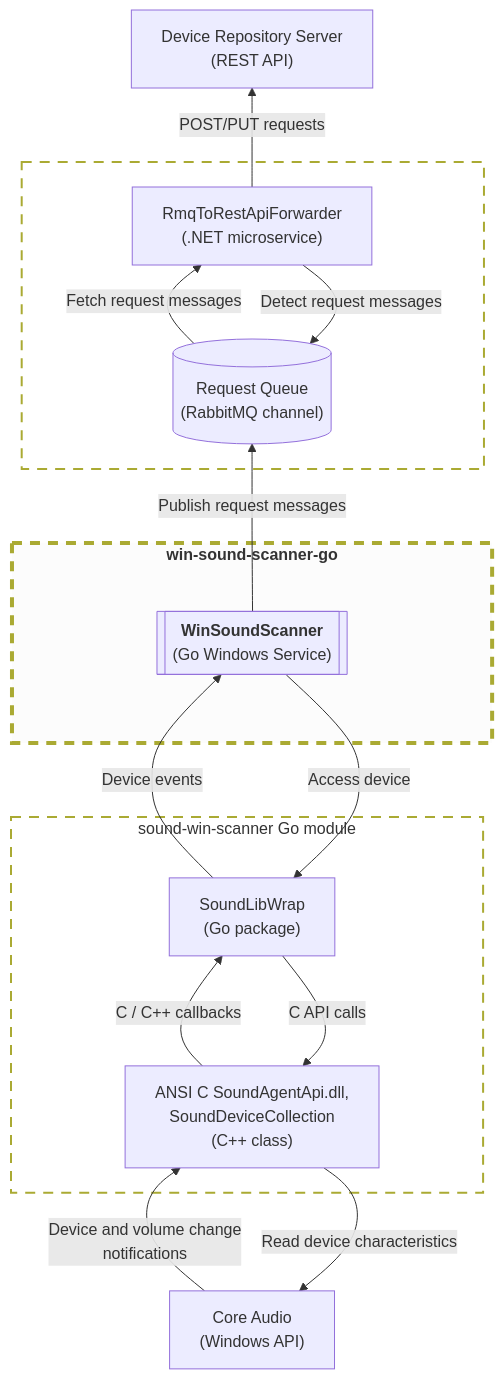
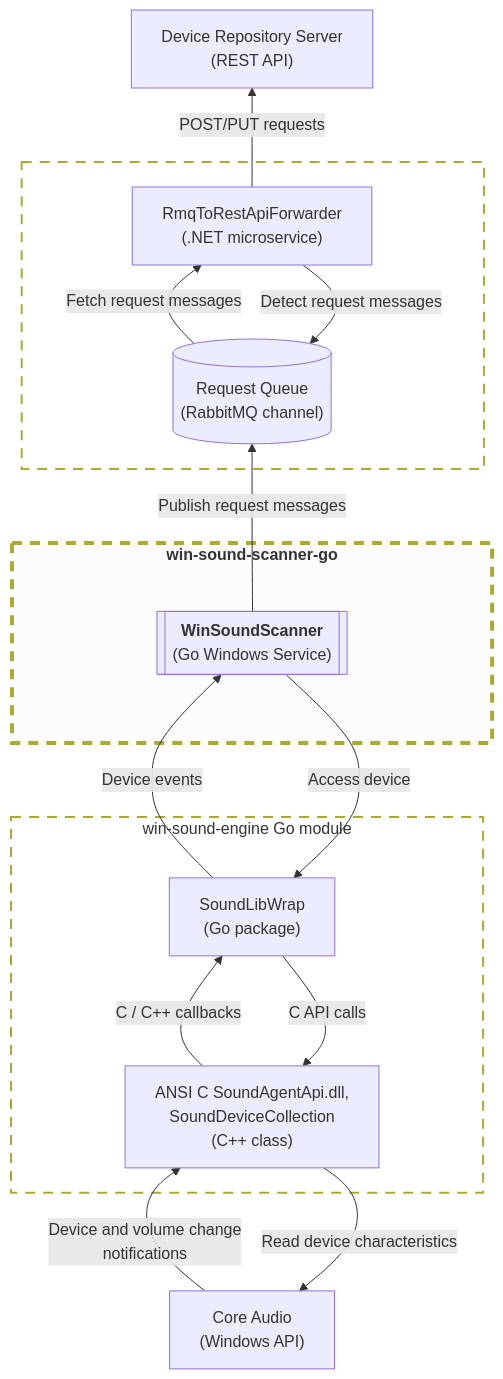
The diagram in README.md (collect-sound-devices/win-sound-scanner-go), drawn with Mermaid before and after one commit. The commit also changed other lines of this file and 5 other files, not shown here.

Commit message:
Update references from sound-win-scanner to win-sound-engine in scripts and documentation

````diff
--- a/README.md
+++ b/README.md
@@ -9,51 +9,51 @@
 ```mermaid
 flowchart BT
 
 classDef dottedBox fill:transparent, fill-opacity:0.55, stroke-dasharray:10 8, stroke-width:2px;
 classDef stressedBox fill:#f0f0f0, fill-opacity:0.2, stroke-dasharray:10 8, stroke-width:4px;
 classDef invisibleNode fill:transparent, stroke:transparent;
 
 coreAudioApi["Core Audio<br>(Windows API)"]
 
-subgraph scannerBackend["sound-win-scanner Go module"]
+subgraph scannerBackend["win-sound-engine Go module"]
     invisible3["<br><br><br><br><br>"]
     class invisible3 invisibleNode
     goCgoWrapper["SoundLibWrap<br>(Go package)"]
     soundAgentApiDll["ANSI C SoundAgentApi.dll,<br>SoundDeviceCollection<br>(C++ class)"]
     invisible4["<br><br><br><br><br>"]
     class invisible4 invisibleNode
 end
 class scannerBackend dottedBox
 
 coreAudioApi -->|Device and volume change<br>notifications| soundAgentApiDll
 soundAgentApiDll --> |Read device characteristics| coreAudioApi
 
 subgraph scannerService["<b>win-sound-scanner-go</b>"]
     invisible1["<br><br><br><br><br>"]
     class invisible1 invisibleNode
     winSoundScannerService[["<b>WinSoundScanner</b><br>(Go Windows Service)"]]
     invisible2["<br><br><br><br><br>"]
     class invisible2 invisibleNode
 end
 class scannerService stressedBox
 
 subgraph requestQueueMicroservice["<br>"]
     requestQueue[("Request Queue<br>(RabbitMQ channel)")]
     rabbitMqRestForwarder["RmqToRestApiForwarder<br>(.NET microservice)"]
 end
 class requestQueueMicroservice dottedBox
 
 deviceRepositoryApi["Device Repository Server<br>(REST API)"]
 
 winSoundScannerService --> |Access device| goCgoWrapper
 goCgoWrapper -->|Device events| winSoundScannerService
 
 goCgoWrapper --> |C API calls| soundAgentApiDll
 soundAgentApiDll -->|C / C++ callbacks| goCgoWrapper
 
 winSoundScannerService -->|Publish request messages| requestQueue
 
 requestQueue -->|Fetch request messages| rabbitMqRestForwarder
 rabbitMqRestForwarder --> |Detect request messages| requestQueue
 rabbitMqRestForwarder -->|POST/PUT requests| deviceRepositoryApi
 ```
````
